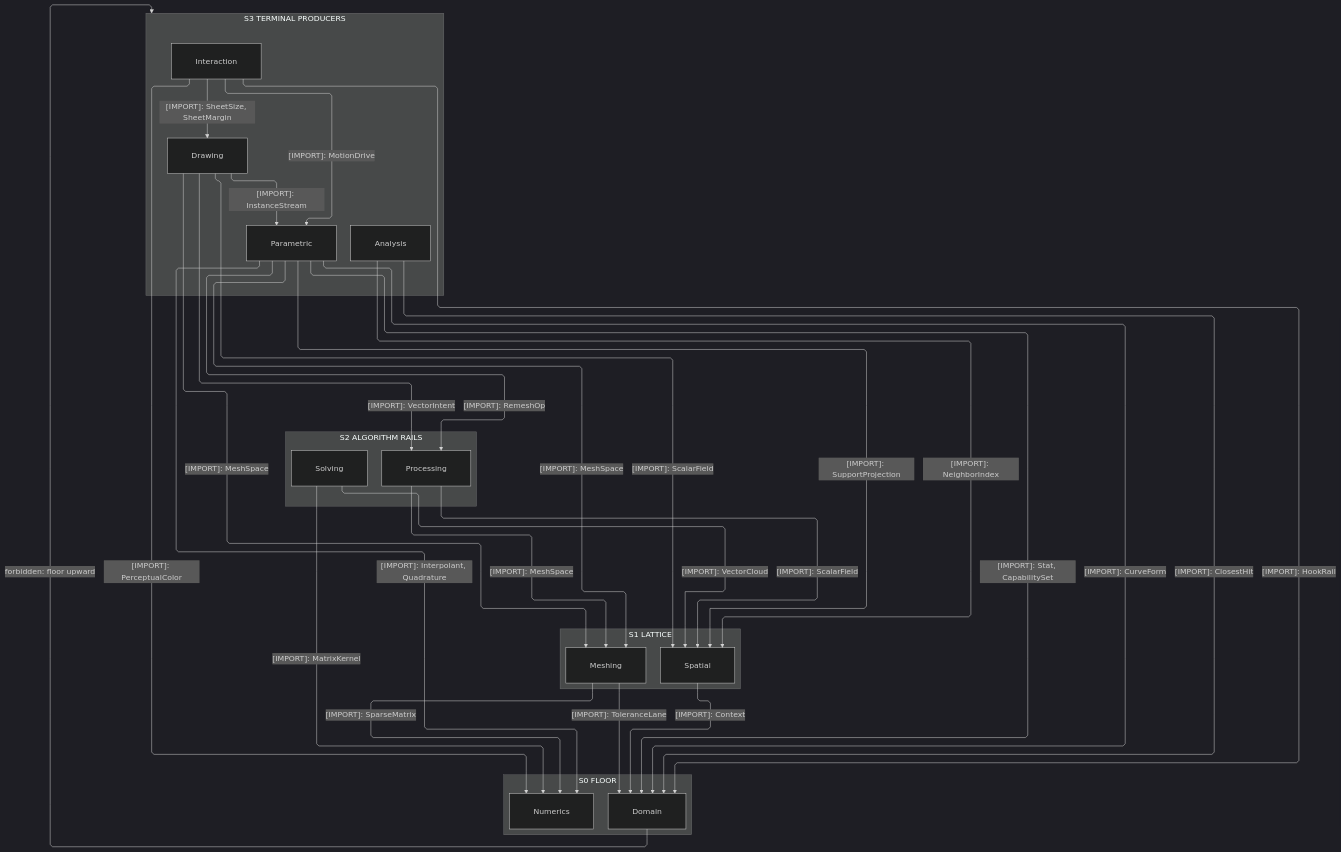
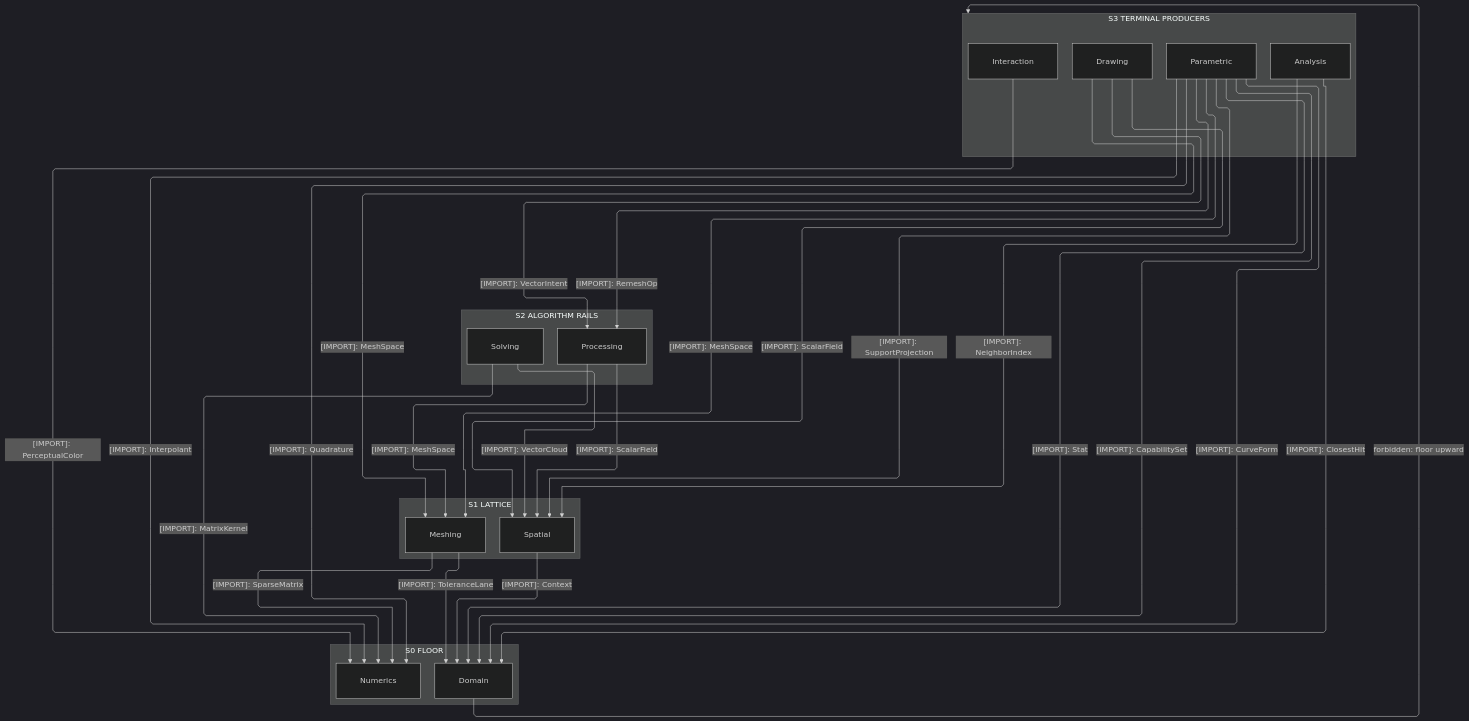
One commit to bsamiee/Rasm changed the first of 4 diagrams in libs/csharp/Rasm/ARCHITECTURE.md. Above: the diagram before and after it, drawn with Mermaid (dark theme). The commit also changed other lines of this file and 115 other files, not shown here.

````diff
--- a/libs/csharp/Rasm/ARCHITECTURE.md
+++ b/libs/csharp/Rasm/ARCHITECTURE.md
@@ -120,54 +116,52 @@
 ```mermaid
 ---
 config:
   layout: elk
   flowchart:
     curve: linear
     padding: 25
 ---
 flowchart TB
     accTitle: Rasm kernel interior strata
-    accDescr: Four stacked strata from the terminal parametric, drawing, and analysis producers through the processing and solving rails onto the spatial-meshing lattice and the domain-numerics floor, every consumption edge downward or a recorded same-stratum reach and solid naming one sourced type, and one forbidden upward edge marked.
+    accDescr: How each kernel stratum composes the ranks beneath it with no upward import.
     subgraph S3["S3 TERMINAL PRODUCERS"]
         Analysis[Analysis]
         Parametric[Parametric]
         Drawing[Drawing]
         Interaction[Interaction]
     end
     subgraph S2["S2 ALGORITHM RAILS"]
         Solving[Solving]
         Processing[Processing]
     end
     subgraph S1["S1 LATTICE"]
         Meshing[Meshing]
         Spatial[Spatial]
     end
     subgraph S0["S0 FLOOR"]
         Numerics[Numerics]
         Domain[Domain]
     end
     Parametric e1@-->|"[IMPORT]: RemeshOp"| Processing
     Drawing e2@-->|"[IMPORT]: VectorIntent"| Processing
     Parametric e3@-->|"[IMPORT]: MeshSpace"| Meshing
     Drawing e4@-->|"[IMPORT]: MeshSpace"| Meshing
-    Drawing e16@-->|"[IMPORT]: InstanceStream"| Parametric
     Drawing e5@-->|"[IMPORT]: ScalarField"| Spatial
     Parametric e6@-->|"[IMPORT]: SupportProjection"| Spatial
-    Parametric e22@-->|"[IMPORT]: Interpolant, Quadrature"| Numerics
-    Parametric e23@-->|"[IMPORT]: Stat, CapabilitySet"| Domain
-    Analysis e7@-->|"[IMPORT]: NeighborIndex"| Spatial
-    Analysis e8@-->|"[IMPORT]: ClosestHit"| Domain
-    Parametric e9@-->|"[IMPORT]: CurveForm"| Domain
-    Processing e10@-->|"[IMPORT]: MeshSpace"| Meshing
-    Processing e11@-->|"[IMPORT]: ScalarField"| Spatial
-    Solving e12@-->|"[IMPORT]: MatrixKernel"| Numerics
-    Solving e13@-->|"[IMPORT]: VectorCloud"| Spatial
-    Meshing e14@-->|"[IMPORT]: SparseMatrix"| Numerics
-    Meshing e21@-->|"[IMPORT]: ToleranceLane"| Domain
-    Spatial e15@-->|"[IMPORT]: Context"| Domain
-    Interaction e17@-->|"[IMPORT]: MotionDrive"| Parametric
-    Interaction e18@-->|"[IMPORT]: SheetSize, SheetMargin"| Drawing
-    Interaction e19@-->|"[IMPORT]: PerceptualColor"| Numerics
-    Interaction e20@-->|"[IMPORT]: HookRail"| Domain
+    Parametric e7@-->|"[IMPORT]: Interpolant"| Numerics
+    Parametric e8@-->|"[IMPORT]: Quadrature"| Numerics
+    Parametric e9@-->|"[IMPORT]: Stat"| Domain
+    Parametric e10@-->|"[IMPORT]: CapabilitySet"| Domain
+    Analysis e11@-->|"[IMPORT]: NeighborIndex"| Spatial
+    Analysis e12@-->|"[IMPORT]: ClosestHit"| Domain
+    Parametric e13@-->|"[IMPORT]: CurveForm"| Domain
+    Processing e14@-->|"[IMPORT]: MeshSpace"| Meshing
+    Processing e15@-->|"[IMPORT]: ScalarField"| Spatial
+    Solving e16@-->|"[IMPORT]: MatrixKernel"| Numerics
+    Solving e17@-->|"[IMPORT]: VectorCloud"| Spatial
+    Meshing e18@-->|"[IMPORT]: SparseMatrix"| Numerics
+    Meshing e19@-->|"[IMPORT]: ToleranceLane"| Domain
+    Spatial e20@-->|"[IMPORT]: Context"| Domain
+    Interaction e21@-->|"[IMPORT]: PerceptualColor"| Numerics
     Domain f1@-->|"forbidden: floor upward"| S3
 ```
````
